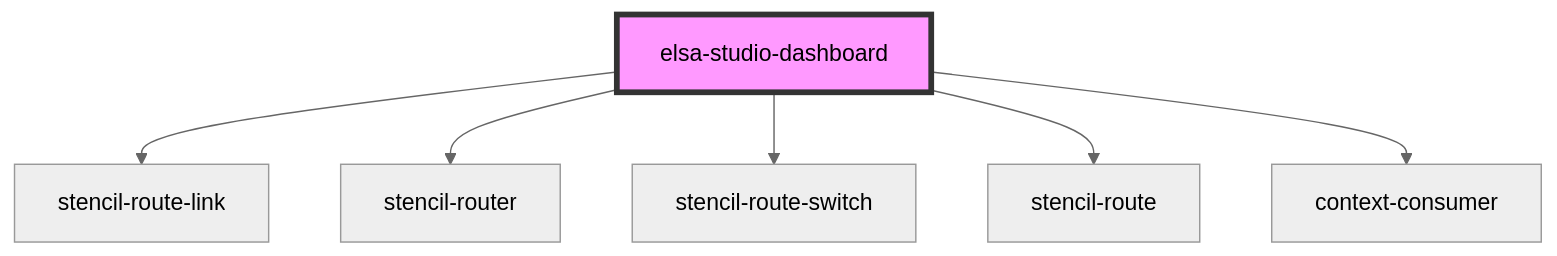
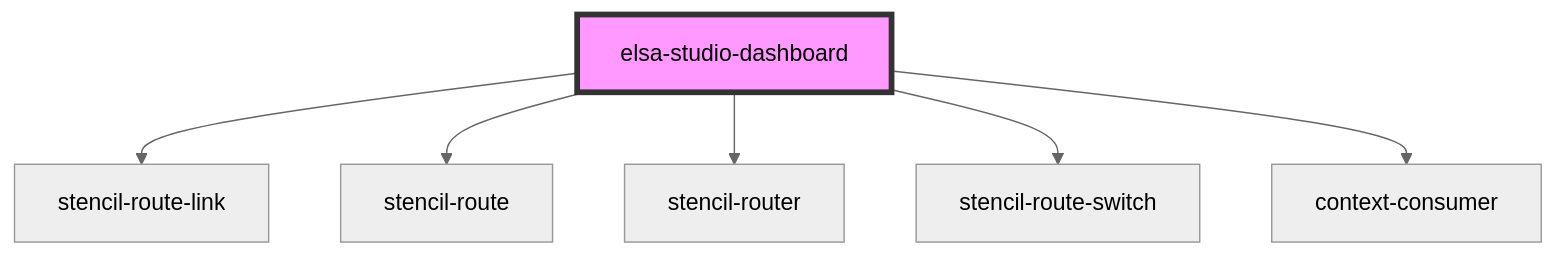
Before and after one commit to elsa-workflows/elsa-core: the diagram in src/designer/elsa-workflows-studio/src/components/dashboard/pages/elsa-studio-dashboard/readme.md, drawn with Mermaid (neutral theme). The commit also changed other lines of this file and 17 other files, not shown here.

````diff
--- a/src/designer/elsa-workflows-studio/src/components/dashboard/pages/elsa-studio-dashboard/readme.md
+++ b/src/designer/elsa-workflows-studio/src/components/dashboard/pages/elsa-studio-dashboard/readme.md
@@ -27,9 +27,9 @@
 ```mermaid
 graph TD;
   elsa-studio-dashboard --> stencil-route-link
+  elsa-studio-dashboard --> stencil-route
   elsa-studio-dashboard --> stencil-router
   elsa-studio-dashboard --> stencil-route-switch
-  elsa-studio-dashboard --> stencil-route
   elsa-studio-dashboard --> context-consumer
   style elsa-studio-dashboard fill:#f9f,stroke:#333,stroke-width:4px
 ```
````
